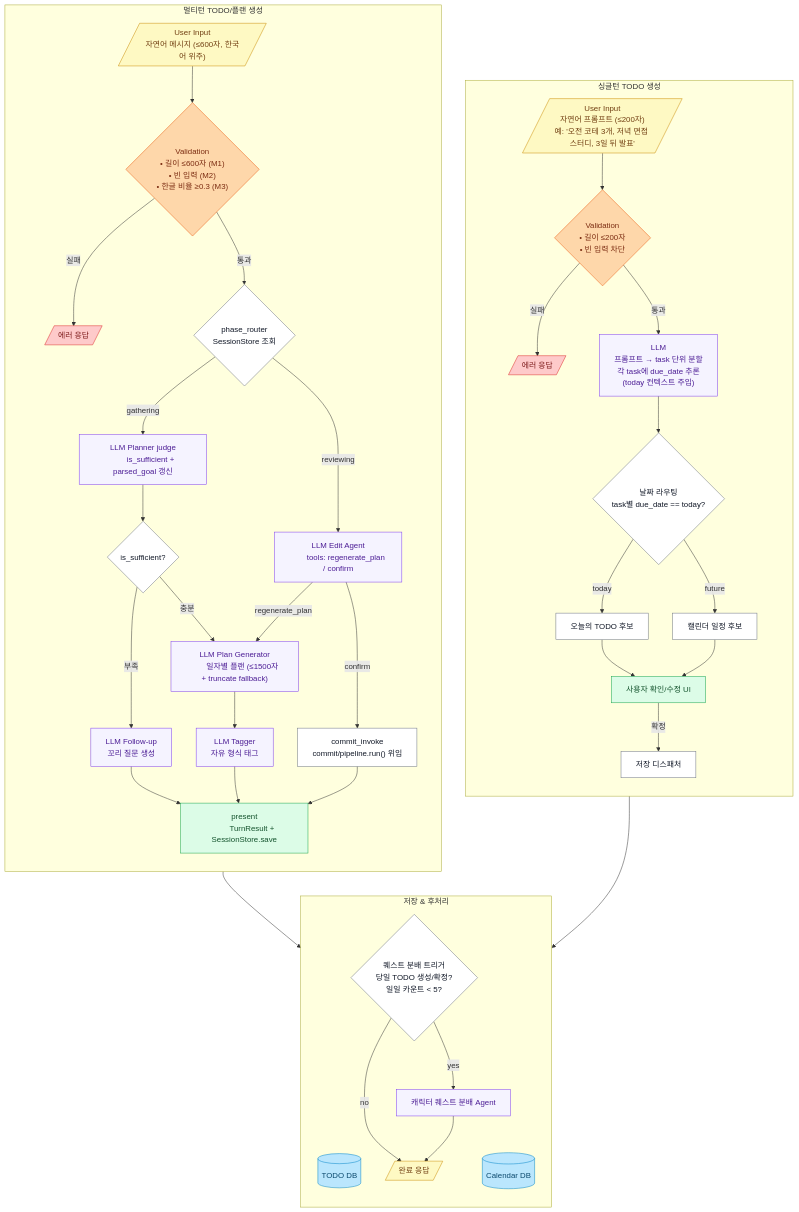
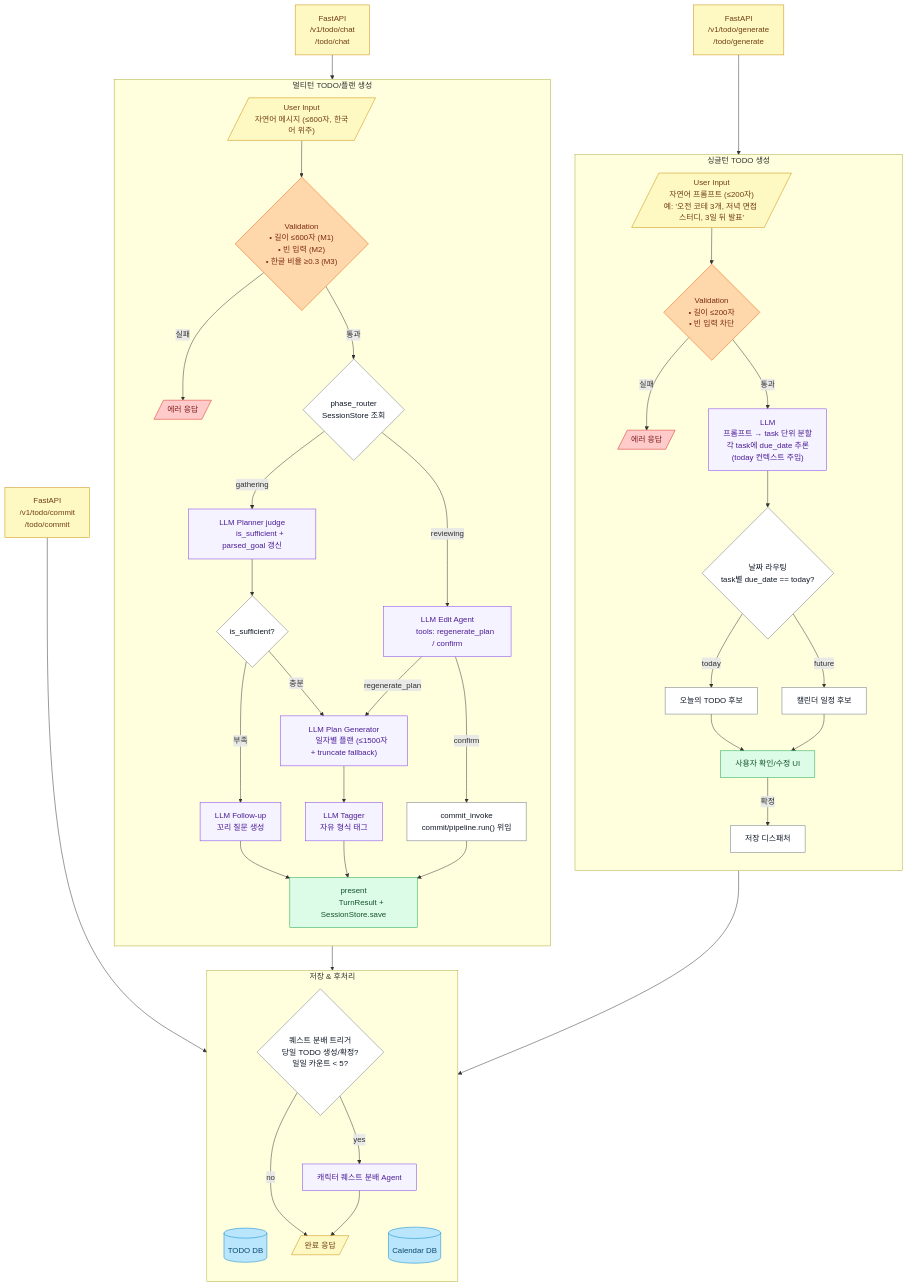
One commit to mong-studio/mongle-ai changed the diagram in docs/features/todo/architecture.mmd. Above: the diagram before and after it, drawn with Mermaid. The commit also changed 6 other files, not shown here.

```diff
--- a/docs/features/todo/architecture.mmd
+++ b/docs/features/todo/architecture.mmd
@@ -1,120 +1,135 @@
 ---
 config:
   layout: fixed
 ---
 flowchart TB
+ API_SINGLE["FastAPI
+ /v1/todo/generate
+ /todo/generate"]
+ API_MULTI["FastAPI
+ /v1/todo/chat
+ /todo/chat"]
+ API_COMMIT["FastAPI
+ /v1/todo/commit
+ /todo/commit"]
  subgraph SINGLE["싱글턴 TODO 생성"]
     direction TB
         SA@{ label: "User Input\n        자연어 프롬프트 (≤200자)\n        예: '오전 코테 3개, 저녁 면접 스터디, 3일 뒤 발표'" }
         SV{"Validation
         • 길이 ≤200자
         • 빈 입력 차단"}
         SVE[/"에러 응답"/]
         SL["LLM
         프롬프트 → task 단위 분할
         각 task에 due_date 추론
         (today 컨텍스트 주입)"]
         SR{"날짜 라우팅
         task별 due_date == today?"}
         STD["오늘의 TODO 후보"]
         SCD["캘린더 일정 후보"]
         SE["사용자 확인/수정 UI"]
         SC["저장 디스패처"]
   end
  subgraph MULTI["멀티턴 TODO/플랜 생성"]
     direction TB
         MA@{ label: "User Input
         자연어 메시지 (≤600자, 한국어 위주)" }
         MV{"Validation
         • 길이 ≤600자 (M1)
         • 빈 입력 (M2)
         • 한글 비율 ≥0.3 (M3)"}
         MVE[/"에러 응답"/]
         MPR{"phase_router
         SessionStore 조회"}
         MPS["LLM Planner judge
         is_sufficient + parsed_goal 갱신"]
         MQ{"is_sufficient?"}
         MFU["LLM Follow-up
         꼬리 질문 생성"]
         MPG["LLM Plan Generator
         일자별 플랜 (≤1500자 + truncate fallback)"]
         MTG["LLM Tagger
         자유 형식 태그"]
         EA["LLM Edit Agent
         tools: regenerate_plan / confirm"]
         ME["present
         TurnResult + SessionStore.save"]
         MC["commit_invoke
         commit/pipeline.run() 위임"]
   end
  subgraph COMMIT["저장 & 후처리"]
     direction TB
         DB1[("TODO DB")]
         DB2[("Calendar DB")]
         QA{"퀘스트 분배 트리거
         당일 TODO 생성/확정?
         일일 카운트 &lt; 5?"}
         QAGENT["캐릭터 퀘스트 분배 Agent"]
         END_OK[/"완료 응답"/]
   end
+    API_SINGLE --> SA
+    API_MULTI --> MA
+    API_COMMIT --> COMMIT
     SA --> SV
     SV -- 실패 --> SVE
     SV -- 통과 --> SL
     SL --> SR
     SR -- today --> STD
     SR -- future --> SCD
     STD --> SE
     SCD --> SE
     SE -- 확정 --> SC
     MA --> MV
     MV -- 실패 --> MVE
     MV -- 통과 --> MPR
     MPR -- gathering --> MPS
     MPR -- reviewing --> EA
     MPS --> MQ
     MQ -- 부족 --> MFU --> ME
     MQ -- 충분 --> MPG --> MTG --> ME
     EA -- regenerate_plan --> MPG
     EA -- confirm --> MC --> ME
     SC --> COMMIT
     MC --> COMMIT
     QA -- yes --> QAGENT
     QA -- no --> END_OK
     QAGENT --> END_OK
 
     SA@{ shape: lean-r}
     MA@{ shape: lean-r}
      SA:::input
+     API_SINGLE:::input
+     API_MULTI:::input
+     API_COMMIT:::input
      SV:::validation
      SVE:::error
      SL:::ai
      SR:::process
      STD:::process
      SCD:::process
      SE:::ui
      SC:::process
      MA:::input
      MV:::validation
      MVE:::error
      MPR:::process
      MPS:::ai
      MQ:::process
      MFU:::ai
      MPG:::ai
      MTG:::ai
      EA:::ai
      ME:::ui
      MC:::process
      DB1:::storage
      DB2:::storage
      QA:::process
      QAGENT:::ai
      END_OK:::input
     classDef input fill:#fef9c3,stroke:#ca8a04,color:#713f12
     classDef validation fill:#fed7aa,stroke:#ea580c,color:#7c2d12
     classDef error fill:#fecaca,stroke:#dc2626,color:#7f1d1d
     classDef process fill:#ffffff,stroke:#6b7280,color:#111827
     classDef ai fill:#f5f3ff,stroke:#7c3aed,color:#4c1d95
     classDef storage fill:#bae6fd,stroke:#0284c7,color:#0c4a6e
     classDef ui fill:#dcfce7,stroke:#16a34a,color:#14532d
```
